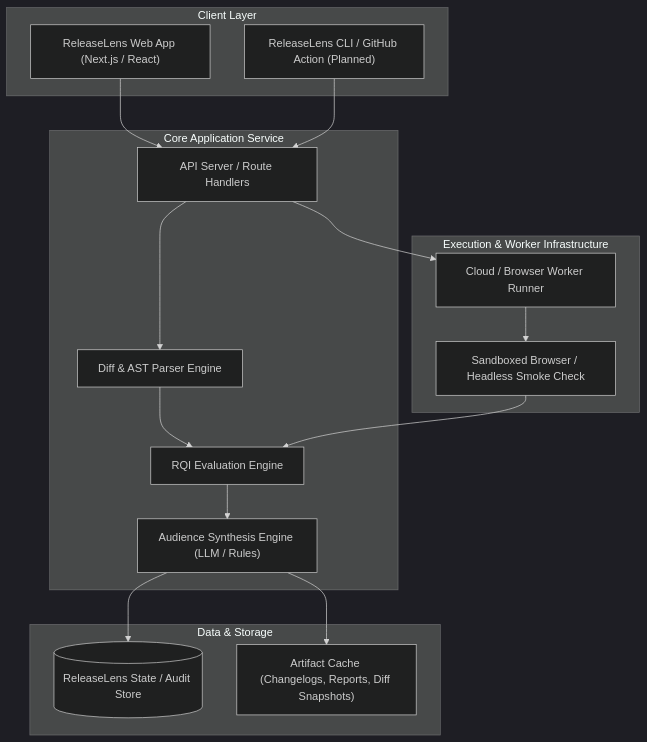
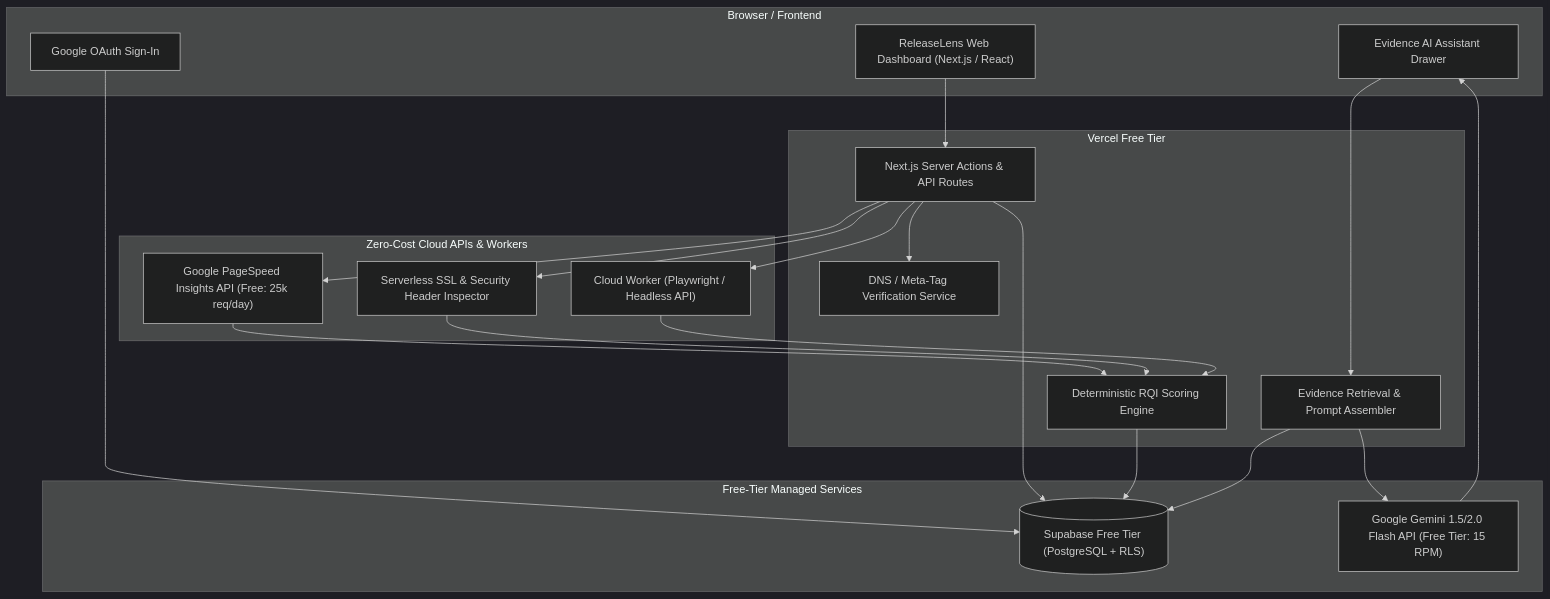
Before and after one commit to skandachandrashekar335-wq/ReleaseLens: the diagram in docs/BLUEPRINT.md, drawn with Mermaid (dark theme). The commit also changed other lines of this file and 12 other files, not shown here.

Commit message:
docs: synchronize complete architecture and specs to cloud website auditing platform

````diff
--- a/docs/BLUEPRINT.md
+++ b/docs/BLUEPRINT.md
@@ -10,35 +10,42 @@
 ```mermaid
 graph TD
-    subgraph Client Layer
-        UI["ReleaseLens Web App (Next.js / React)"]
-        CLI["ReleaseLens CLI / GitHub Action (Planned)"]
+    subgraph Client [Browser / Frontend]
+        UI["ReleaseLens Web Dashboard (Next.js / React)"]
+        GoogleAuthClient["Google OAuth Sign-In"]
+        ChatUI["Evidence AI Assistant Drawer"]
     end
 
-    subgraph Core Application Service
-        API["API Server / Route Handlers"]
-        Parser["Diff & AST Parser Engine"]
-        Scorer["RQI Evaluation Engine"]
-        Synth["Audience Synthesis Engine (LLM / Rules)"]
+    subgraph Cloud Application Layer [Vercel Free Tier]
+        AppServer["Next.js Server Actions & API Routes"]
+        OwnershipVerifier["DNS / Meta-Tag Verification Service"]
+        RQIEngine["Deterministic RQI Scoring Engine"]
+        EvidenceEngine["Evidence Retrieval & Prompt Assembler"]
     end
 
-    subgraph Execution & Worker Infrastructure
-        WorkerPool["Cloud / Browser Worker Runner"]
-        BrowserSession["Sandboxed Browser / Headless Smoke Check"]
+    subgraph Cloud Inspection Layer [Zero-Cost Cloud APIs & Workers]
+        PageSpeed["Google PageSpeed Insights API (Free: 25k req/day)"]
+        HTTPInspector["Serverless SSL & Security Header Inspector"]
+        CloudBrowserWorker["Cloud Worker (Playwright / Headless API)"]
     end
 
-    subgraph Data & Storage
-        Store[("ReleaseLens State / Audit Store")]
-        ArtifactStore["Artifact Cache (Changelogs, Reports, Diff Snapshots)"]
+    subgraph Cloud Persistence & AI [Free-Tier Managed Services]
+        SupabaseDB[("Supabase Free Tier (PostgreSQL + RLS)")]
+        GeminiAPI["Google Gemini 1.5/2.0 Flash API (Free Tier: 15 RPM)"]
     end
 
-    UI --> API
-    CLI --> API
-    API --> Parser
-    Parser --> Scorer
-    API --> WorkerPool
-    WorkerPool --> BrowserSession
-    BrowserSession --> Scorer
-    Scorer --> Synth
-    Synth --> Store
-    Synth --> ArtifactStore
+    UI --> AppServer
+    GoogleAuthClient --> SupabaseDB
+    AppServer --> SupabaseDB
+    AppServer --> OwnershipVerifier
+    AppServer --> PageSpeed
+    AppServer --> HTTPInspector
+    AppServer --> CloudBrowserWorker
+    PageSpeed --> RQIEngine
+    HTTPInspector --> RQIEngine
+    CloudBrowserWorker --> RQIEngine
+    RQIEngine --> SupabaseDB
+    ChatUI --> EvidenceEngine
+    EvidenceEngine --> SupabaseDB
+    EvidenceEngine --> GeminiAPI
+    GeminiAPI --> ChatUI
 ```
````
